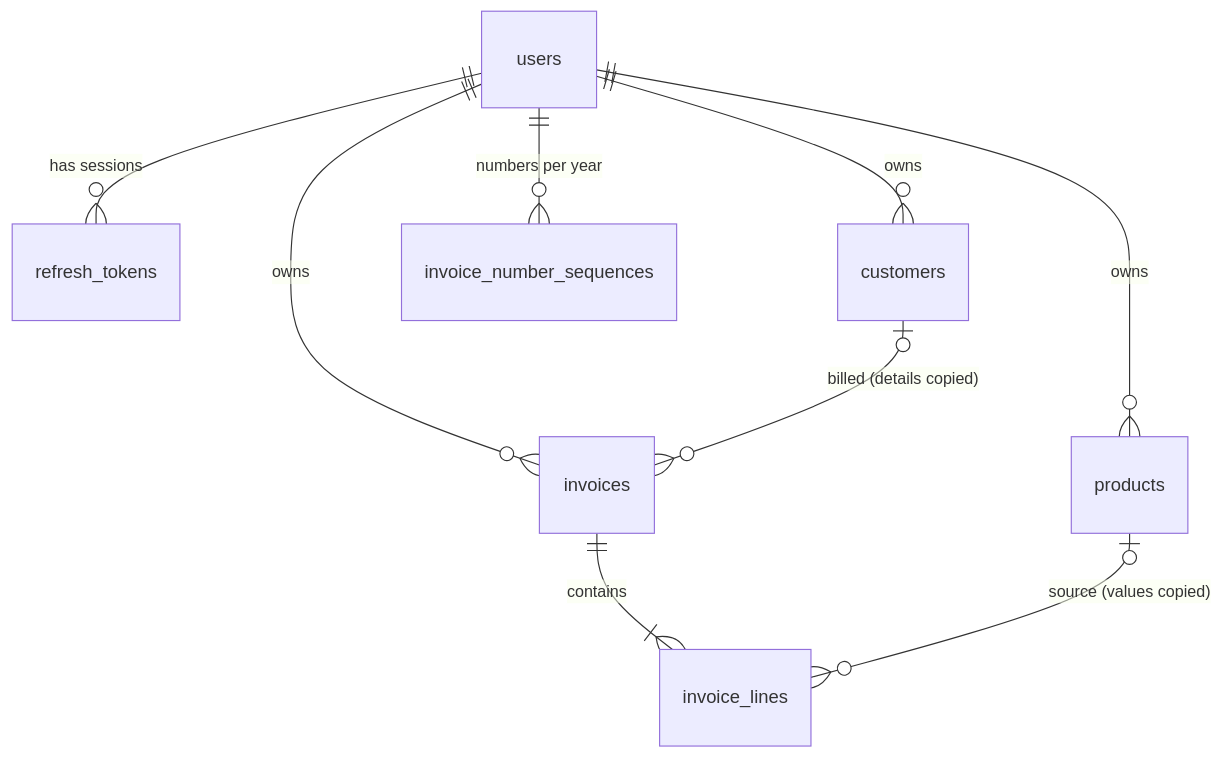
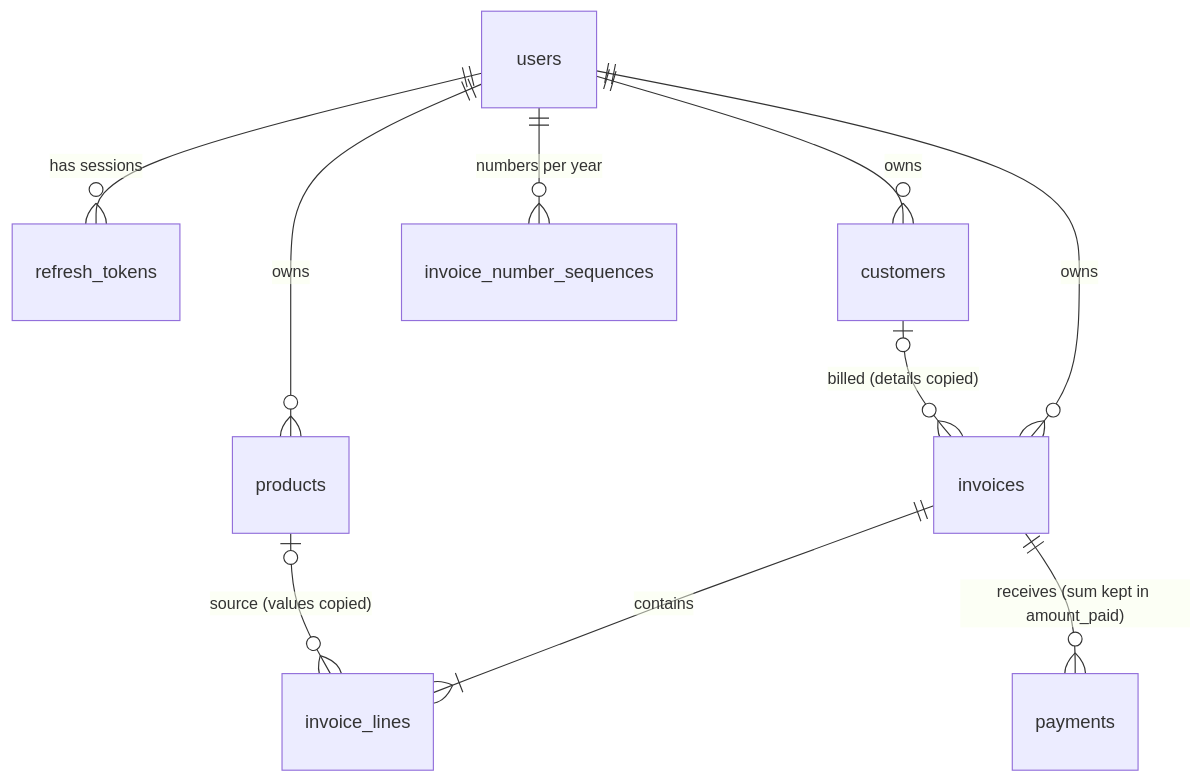
The third of 3 diagrams in docs/architecture.md (BrahimNJ/InvoiceFlow), drawn with Mermaid before and after one commit. The commit also changed other lines of this file, not shown here.

First line of the commit message:
docs(architecture): add the payment module and table

````diff
--- a/docs/architecture.md
+++ b/docs/architecture.md
@@ -77,11 +78,12 @@
 ```mermaid
 erDiagram
     users ||--o{ refresh_tokens : "has sessions"
     users ||--o{ customers : owns
     users ||--o{ products : owns
     users ||--o{ invoices : owns
     users ||--o{ invoice_number_sequences : "numbers per year"
     customers |o--o{ invoices : "billed (details copied)"
     invoices ||--|{ invoice_lines : contains
     products |o--o{ invoice_lines : "source (values copied)"
+    invoices ||--o{ payments : "receives (sum kept in amount_paid)"
 ```
````
